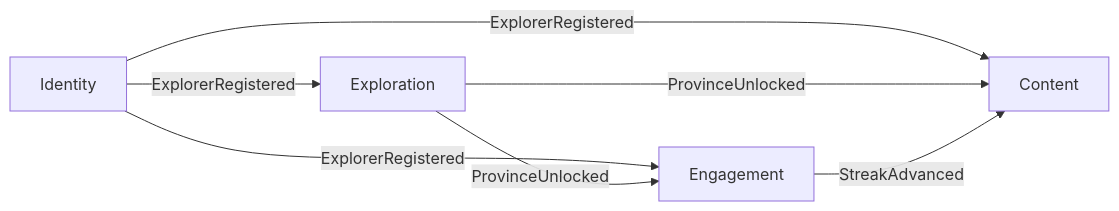
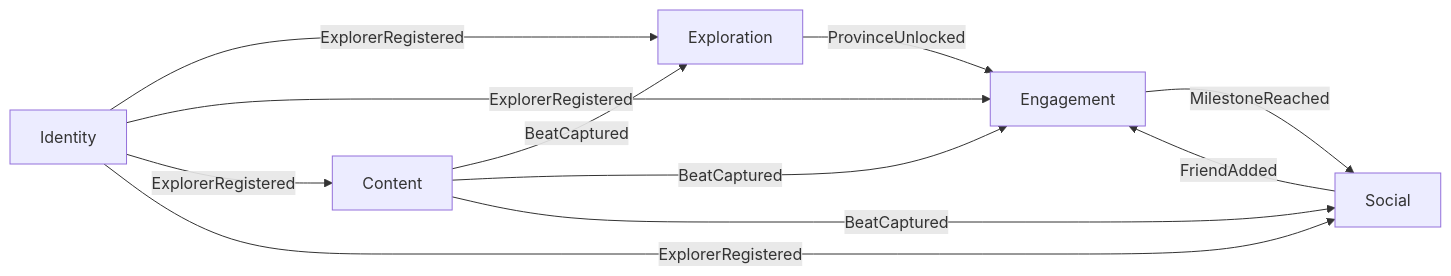
Before and after one commit to Vie-Go/viego-monorepo: the diagram in docs/01-product-documentation/02-authored-system-documentation/software-architecture-document/ddd-and-domain-model.md, drawn with Mermaid. The commit also changed other lines of this file and 53 other files, not shown here.

````diff
--- a/docs/01-product-documentation/02-authored-system-documentation/software-architecture-document/ddd-and-domain-model.md
+++ b/docs/01-product-documentation/02-authored-system-documentation/software-architecture-document/ddd-and-domain-model.md
@@ -43,9 +58,13 @@
 ```mermaid
 flowchart LR
   Identity -->|ExplorerRegistered| Exploration
   Identity -->|ExplorerRegistered| Engagement
   Identity -->|ExplorerRegistered| Content
+  Identity -->|ExplorerRegistered| Social
+  Content -->|BeatCaptured| Exploration
+  Content -->|BeatCaptured| Engagement
+  Content -->|BeatCaptured| Social
   Exploration -->|ProvinceUnlocked| Engagement
-  Exploration -->|ProvinceUnlocked| Content
-  Engagement -->|StreakAdvanced| Content
+  Social -->|FriendAdded| Engagement
+  Engagement -->|MilestoneReached| Social
 ```
````
